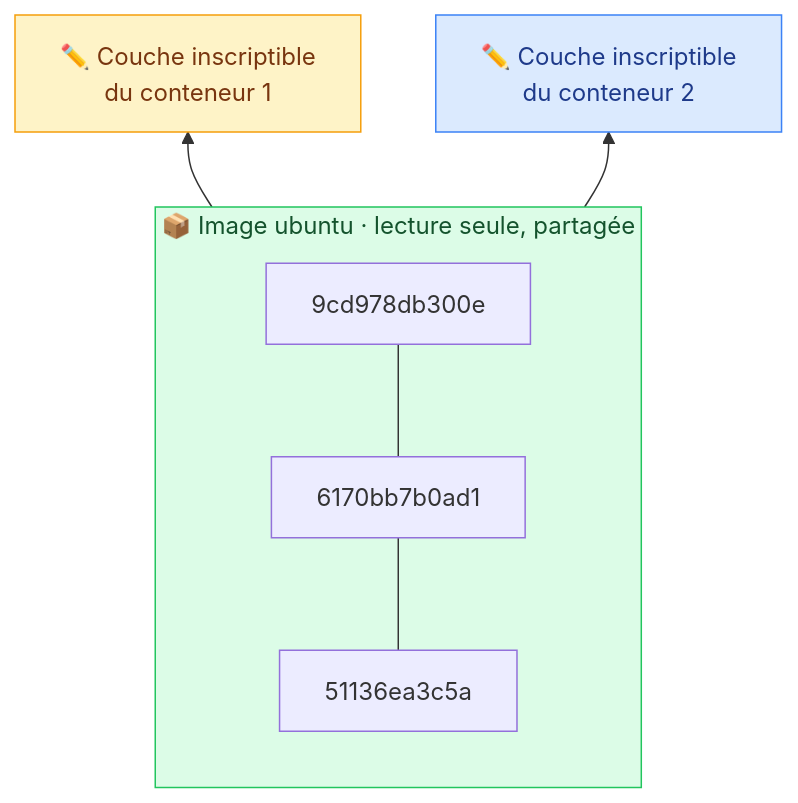
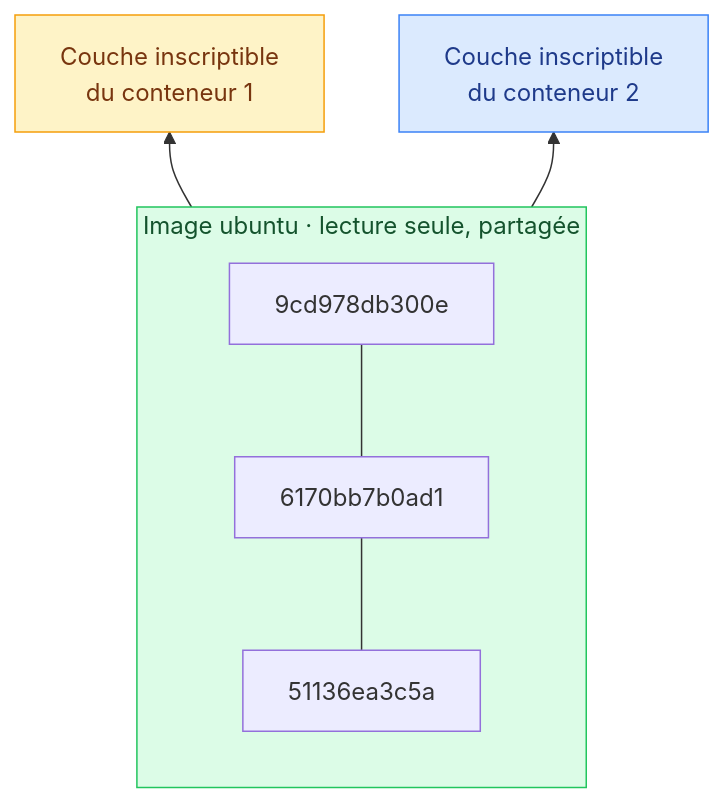
One commit to GoobyWoobies/HEIA-IT changed the sixth of 6 diagrams in methodologie-securite-it/docker/03-images.md. Above: the diagram before and after it, drawn with Mermaid. The commit also changed other lines of this file and 24 other files, not shown here.

````diff
--- a/methodologie-securite-it/docker/03-images.md
+++ b/methodologie-securite-it/docker/03-images.md
@@ -278,13 +278,13 @@
 ```mermaid
 flowchart BT
-    subgraph IMG["📦 Image ubuntu · lecture seule, partagée"]
+    subgraph IMG["Image ubuntu · lecture seule, partagée"]
         direction BT
         B1["51136ea3c5a"] --- B2["6170bb7b0ad1"] --- B3["9cd978db300e"]
     end
-    IMG --> W1["✏️ Couche inscriptible<br/>du conteneur 1"]
-    IMG --> W2["✏️ Couche inscriptible<br/>du conteneur 2"]
+    IMG --> W1["Couche inscriptible<br/>du conteneur 1"]
+    IMG --> W2["Couche inscriptible<br/>du conteneur 2"]
 
     style IMG fill:#dcfce7,stroke:#22c55e,color:#14532d
     style W1 fill:#fef3c7,stroke:#f59e0b,color:#78350f
     style W2 fill:#dbeafe,stroke:#3b82f6,color:#1e3a8a
 ```
````
